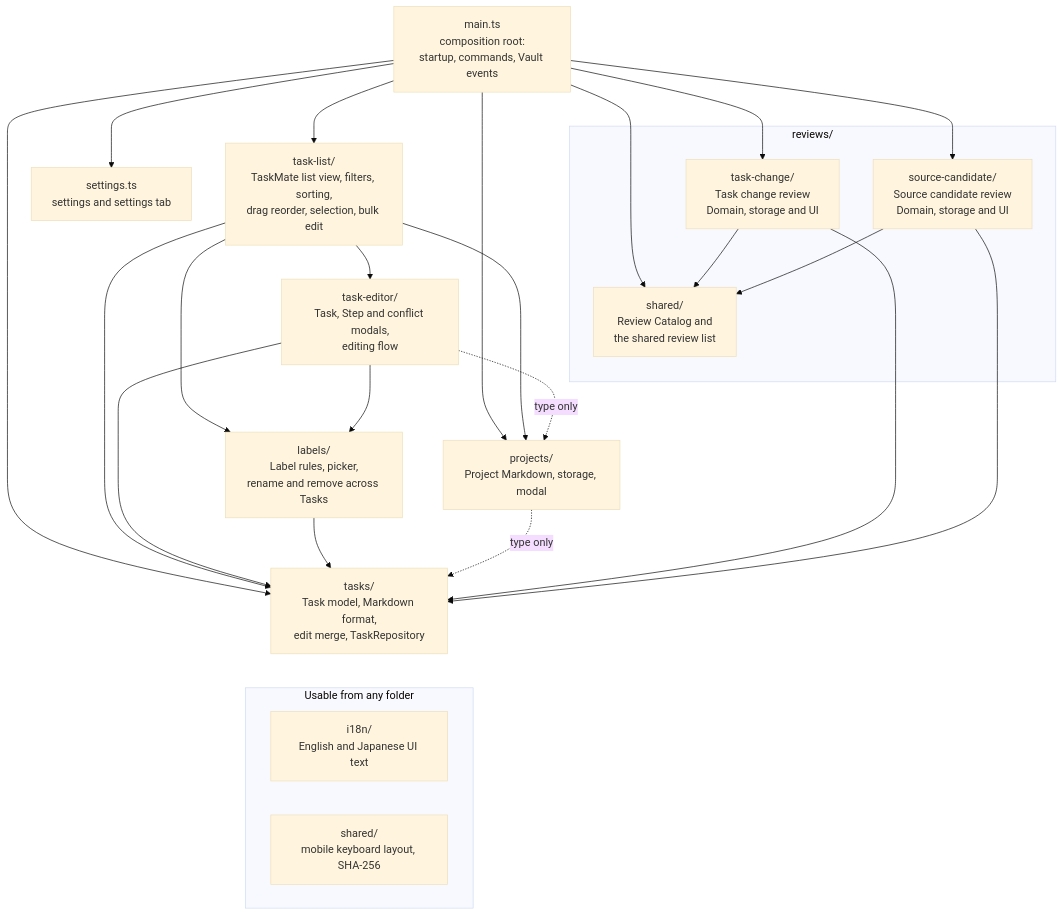
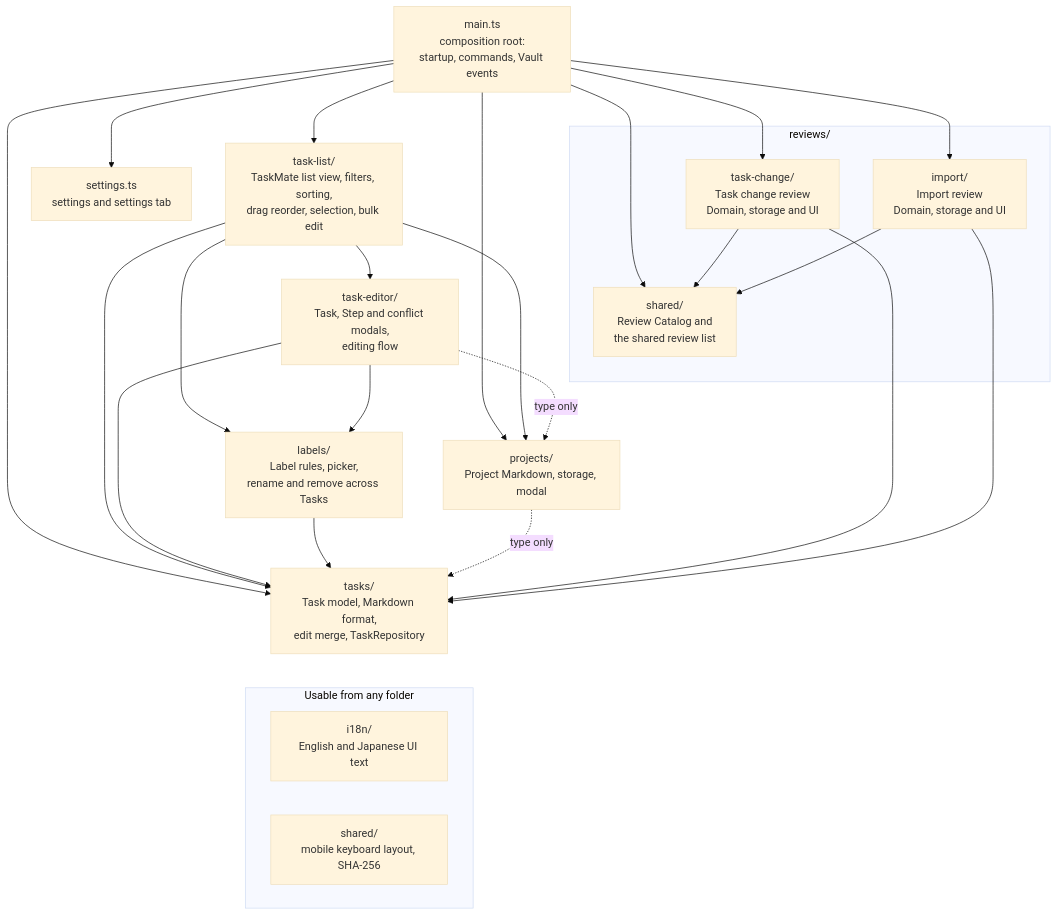
One commit to tempu-village/taskmate changed the second of 9 diagrams in docs/engineering/design/system-overview.md. Above: the diagram before and after it, drawn with Mermaid (base theme). The commit also changed other lines of this file and 55 other files, not shown here.

First line of the commit message:
Rename the Source candidate review to Import review

````diff
--- a/docs/engineering/design/system-overview.md
+++ b/docs/engineering/design/system-overview.md
@@ -61,47 +61,47 @@
 ```mermaid
 flowchart TB
   main["main.ts<br/>composition root:<br/>startup, commands, Vault events"]
   settings["settings.ts<br/>settings and settings tab"]
 
   tasklist["task-list/<br/>TaskMate list view, filters, sorting,<br/>drag reorder, selection, bulk edit"]
 
   subgraph reviews["reviews/"]
     tcr["task-change/<br/>Task change review<br/>Domain, storage and UI"]
-    scr["source-candidate/<br/>Source candidate review<br/>Domain, storage and UI"]
+    scr["import/<br/>Import review<br/>Domain, storage and UI"]
     rsh["shared/<br/>Review Catalog and<br/>the shared review list"]
   end
 
   editor["task-editor/<br/>Task, Step and conflict modals,<br/>editing flow"]
 
   labels["labels/<br/>Label rules, picker,<br/>rename and remove across Tasks"]
   projects["projects/<br/>Project Markdown, storage, modal"]
 
   tasks["tasks/<br/>Task model, Markdown format,<br/>edit merge, TaskRepository"]
 
   subgraph cross["Usable from any folder"]
     i18n["i18n/<br/>English and Japanese UI text"]
     shared["shared/<br/>mobile keyboard layout, SHA-256"]
   end
 
   main --> settings
   main --> tasklist
   main --> tcr
   main --> scr
   main --> rsh
   main --> projects
   main --> tasks
   tasklist --> editor
   tasklist --> labels
   tasklist --> projects
   tasklist --> tasks
   editor --> labels
   editor -.->|"type only"| projects
   editor --> tasks
   labels --> tasks
   projects -.->|"type only"| tasks
   tcr --> tasks
   scr --> tasks
   tcr --> rsh
   scr --> rsh
   tasks ~~~ cross
 ```
````
